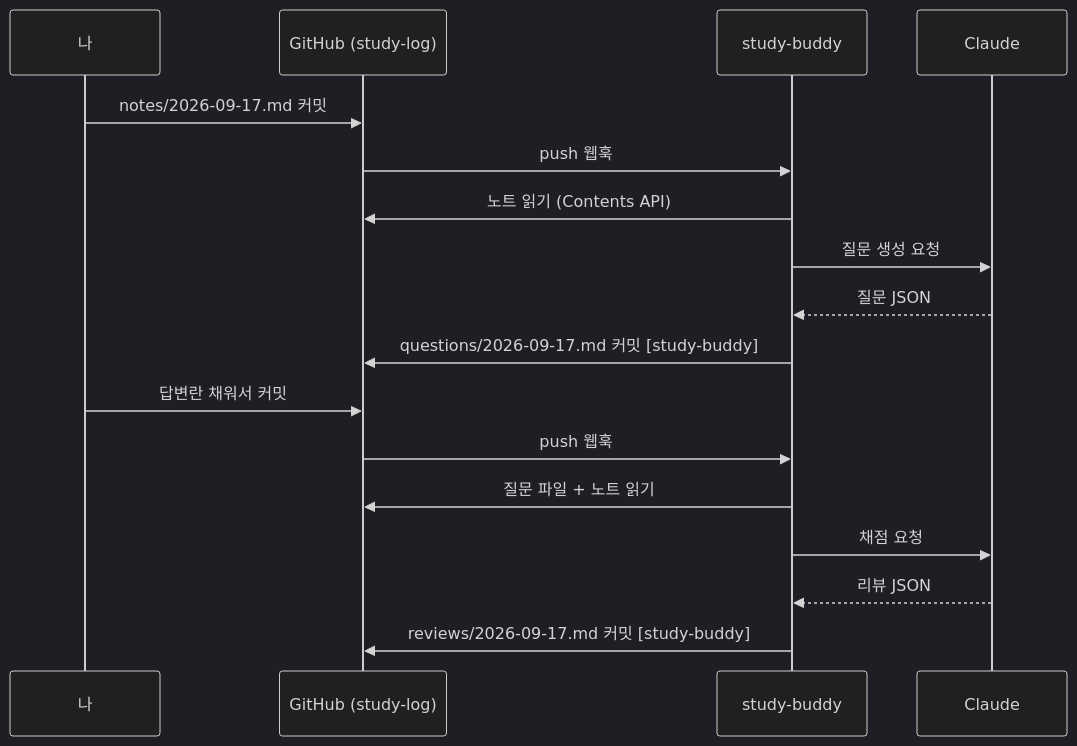
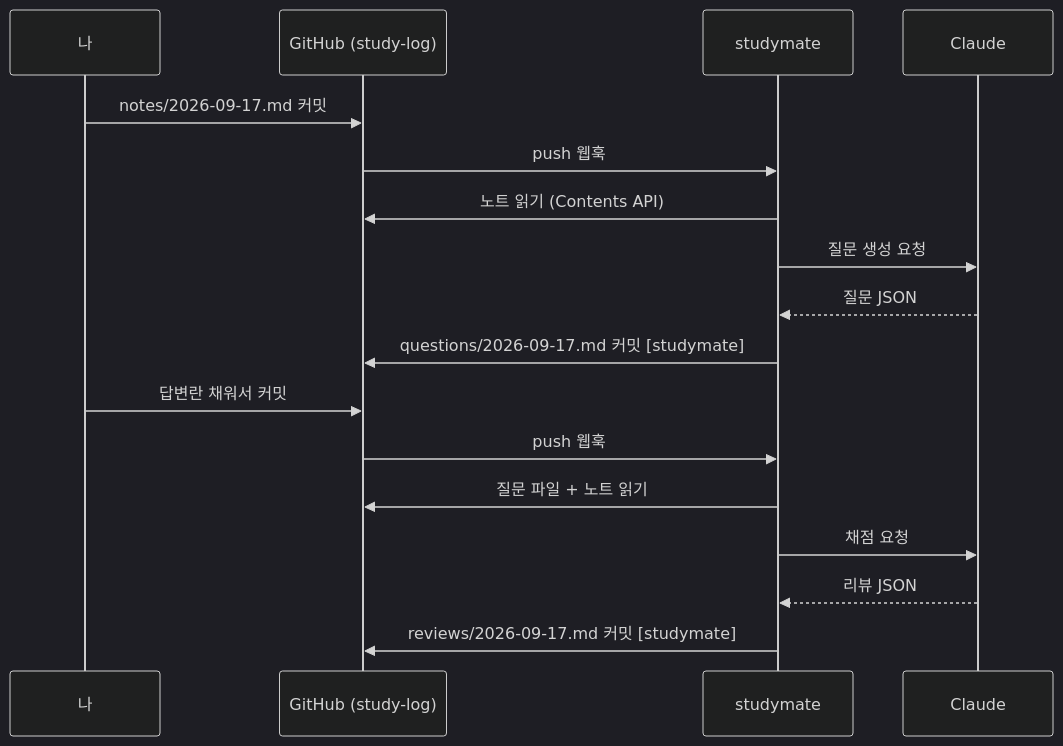
Before and after one commit to BangTtagGum/studymate: the diagram in README.md, drawn with Mermaid (dark theme). The commit also changed other lines of this file and 59 other files, not shown here.

First line of the commit message:
refactor: rename project from study-buddy to studymate

````diff
--- a/README.md
+++ b/README.md
@@ -18,21 +18,21 @@
 ```mermaid
 sequenceDiagram
     participant Me as 나
     participant GH as GitHub (study-log)
-    participant SB as study-buddy
+    participant SB as studymate
     participant CL as Claude
 
     Me->>GH: notes/2026-09-17.md 커밋
     GH->>SB: push 웹훅
     SB->>GH: 노트 읽기 (Contents API)
     SB->>CL: 질문 생성 요청
     CL-->>SB: 질문 JSON
-    SB->>GH: questions/2026-09-17.md 커밋 [study-buddy]
+    SB->>GH: questions/2026-09-17.md 커밋 [studymate]
 
     Me->>GH: 답변란 채워서 커밋
     GH->>SB: push 웹훅
     SB->>GH: 질문 파일 + 노트 읽기
     SB->>CL: 채점 요청
     CL-->>SB: 리뷰 JSON
-    SB->>GH: reviews/2026-09-17.md 커밋 [study-buddy]
+    SB->>GH: reviews/2026-09-17.md 커밋 [studymate]
 ```
````
